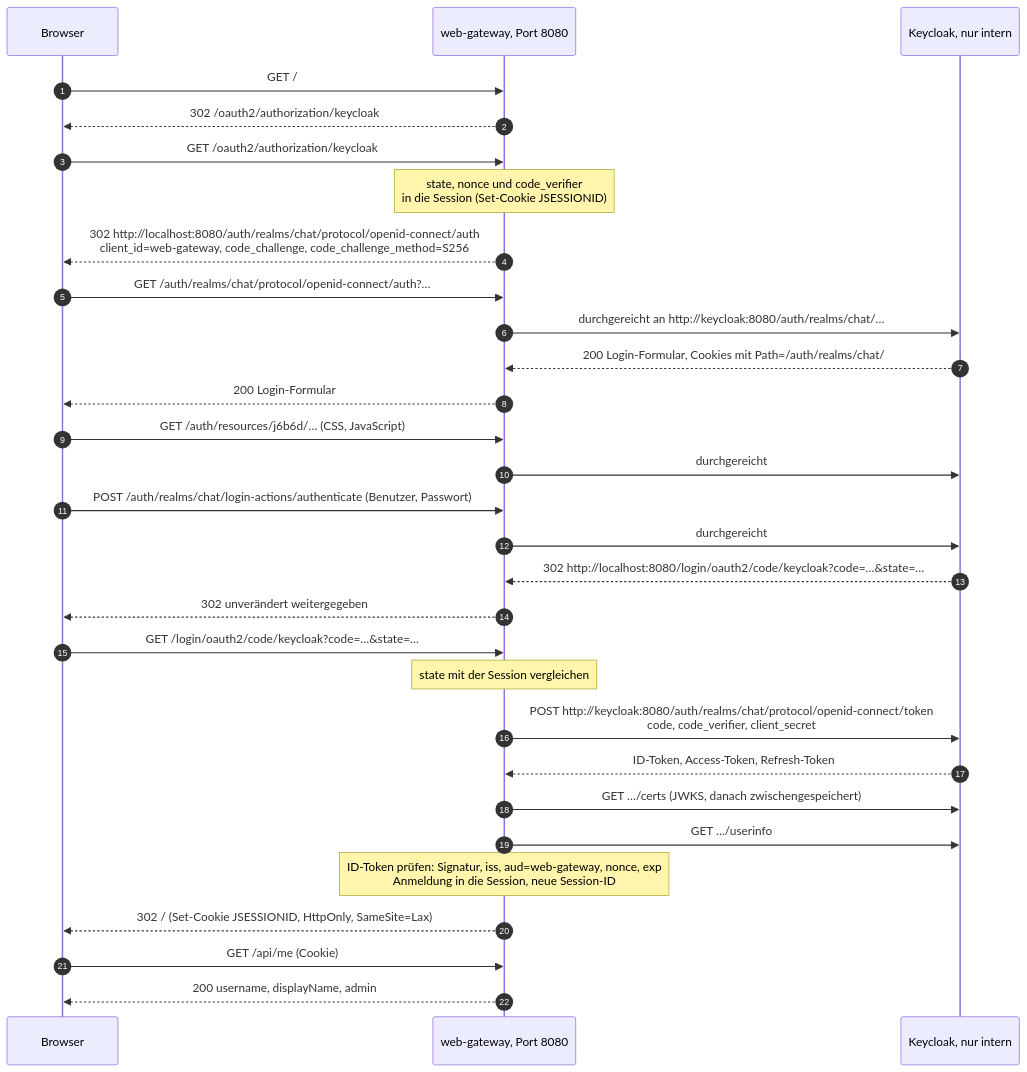
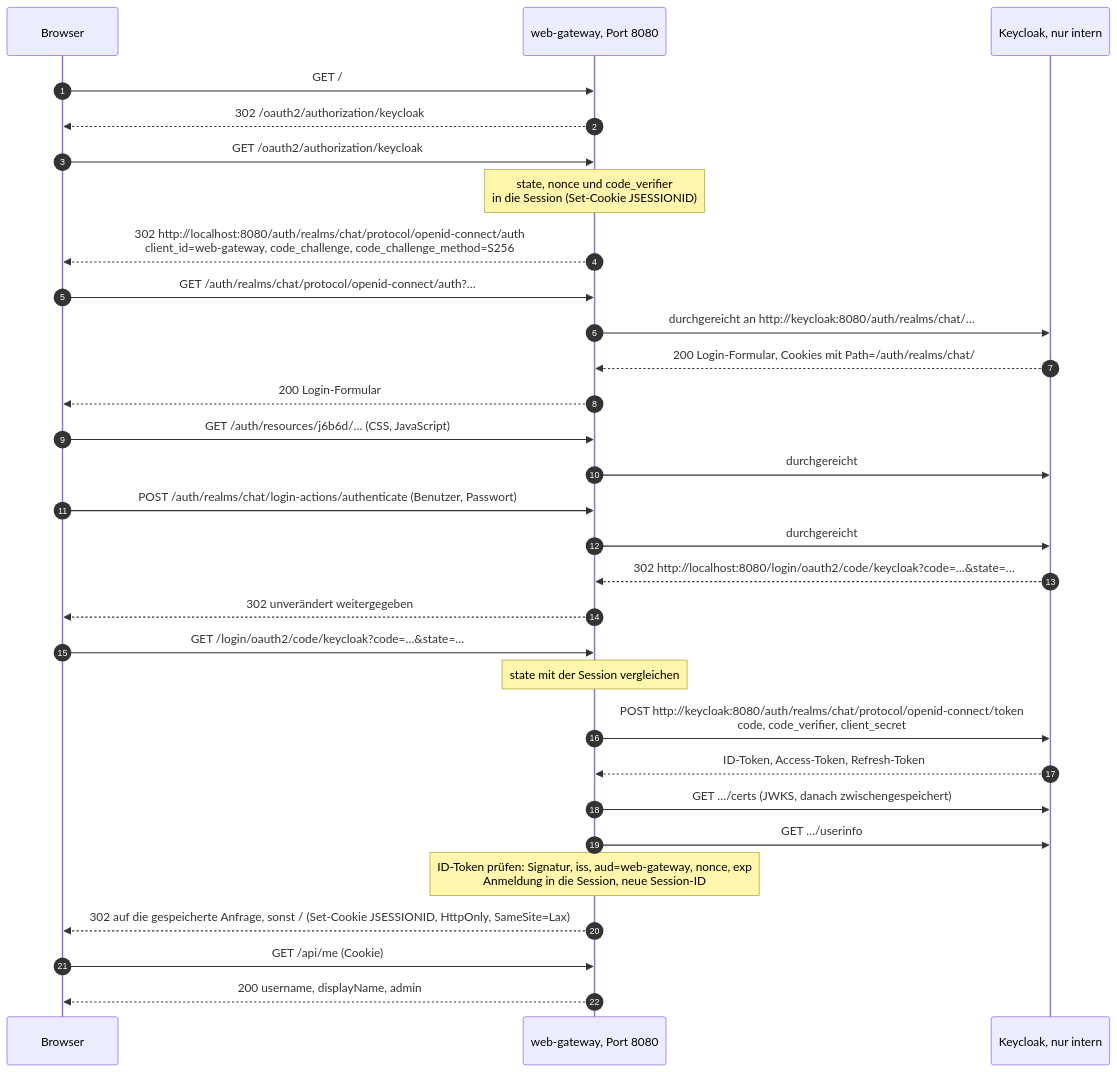
One commit to omerhamdiu17-web/it3c-m321 changed the first of 2 diagrams in docs/spec-web-gateway.md. Above: the diagram before and after it, drawn with Mermaid. The commit also changed other lines of this file, not shown here.

````diff
--- a/docs/spec-web-gateway.md
+++ b/docs/spec-web-gateway.md
@@ -629,33 +630,33 @@
 ```mermaid
 sequenceDiagram
     autonumber
     participant B as Browser
     participant G as web-gateway, Port 8080
     participant K as Keycloak, nur intern
 
     B->>G: GET /
     G-->>B: 302 /oauth2/authorization/keycloak
     B->>G: GET /oauth2/authorization/keycloak
     Note over G: state, nonce und code_verifier<br/>in die Session (Set-Cookie JSESSIONID)
     G-->>B: 302 http://localhost:8080/auth/realms/chat/protocol/openid-connect/auth<br/>client_id=web-gateway, code_challenge, code_challenge_method=S256
     B->>G: GET /auth/realms/chat/protocol/openid-connect/auth?…
     G->>K: durchgereicht an http://keycloak:8080/auth/realms/chat/…
     K-->>G: 200 Login-Formular, Cookies mit Path=/auth/realms/chat/
     G-->>B: 200 Login-Formular
     B->>G: GET /auth/resources/j6b6d/… (CSS, JavaScript)
     G->>K: durchgereicht
     B->>G: POST /auth/realms/chat/login-actions/authenticate (Benutzer, Passwort)
     G->>K: durchgereicht
     K-->>G: 302 http://localhost:8080/login/oauth2/code/keycloak?code=…&state=…
     G-->>B: 302 unverändert weitergegeben
     B->>G: GET /login/oauth2/code/keycloak?code=…&state=…
     Note over G: state mit der Session vergleichen
     G->>K: POST http://keycloak:8080/auth/realms/chat/protocol/openid-connect/token<br/>code, code_verifier, client_secret
     K-->>G: ID-Token, Access-Token, Refresh-Token
     G->>K: GET …/certs (JWKS, danach zwischengespeichert)
     G->>K: GET …/userinfo
     Note over G: ID-Token prüfen: Signatur, iss, aud=web-gateway, nonce, exp<br/>Anmeldung in die Session, neue Session-ID
-    G-->>B: 302 / (Set-Cookie JSESSIONID, HttpOnly, SameSite=Lax)
+    G-->>B: 302 auf die gespeicherte Anfrage, sonst / (Set-Cookie JSESSIONID, HttpOnly, SameSite=Lax)
     B->>G: GET /api/me (Cookie)
     G-->>B: 200 username, displayName, admin
 ```
````
